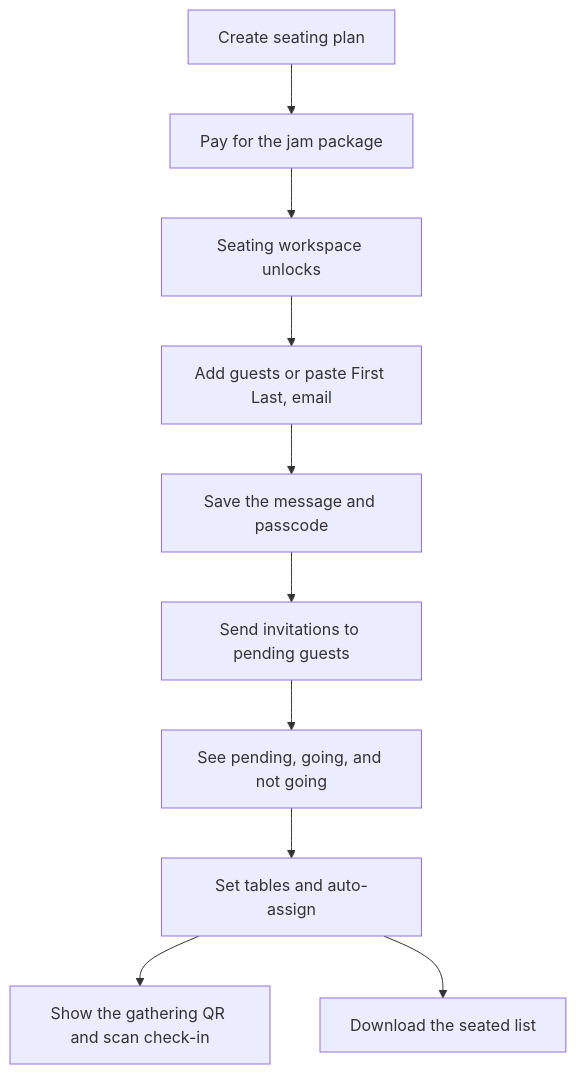
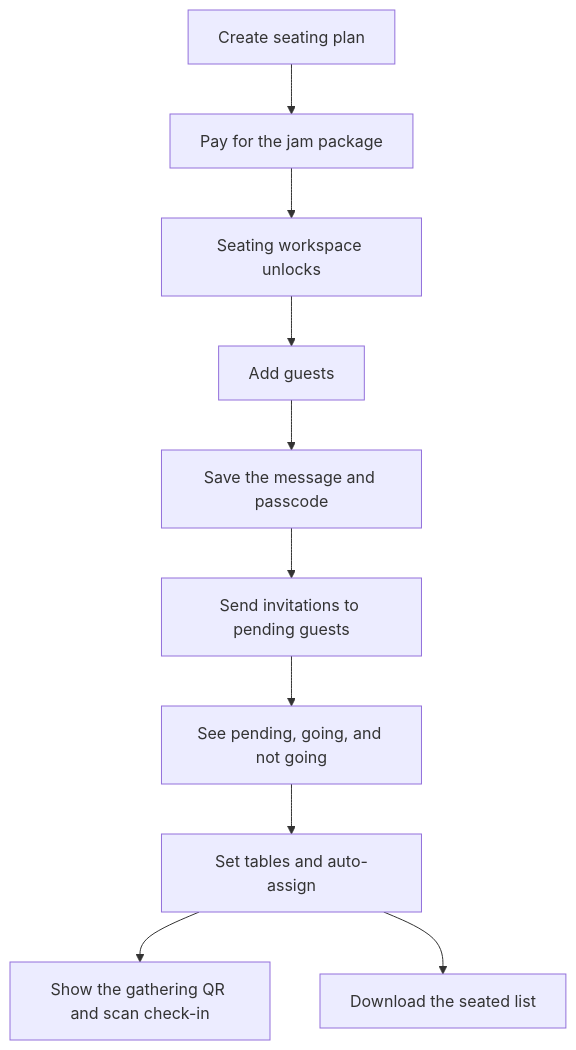
One commit to SkizzoPerena/bread-butter changed the first of 2 diagrams in jam.md. Above: the diagram before and after it, drawn with Mermaid. The commit also changed other lines of this file and 14 other files, not shown here.

````diff
--- a/jam.md
+++ b/jam.md
@@ -7,15 +7,15 @@
 ```mermaid
 flowchart TD
   start[Create seating plan]
   pay[Pay for the jam package]
   workspace[Seating workspace unlocks]
-  guests[Add guests or paste First Last, email]
+  guests[Add guests]
   invite[Save the message and passcode]
   send[Send invitations to pending guests]
   replies[See pending, going, and not going]
   tables[Set tables and auto-assign]
   door[Show the gathering QR and scan check-in]
   csv[Download the seated list]
   start --> pay --> workspace --> guests --> invite --> send --> replies --> tables --> door
   tables --> csv
 ```
````
